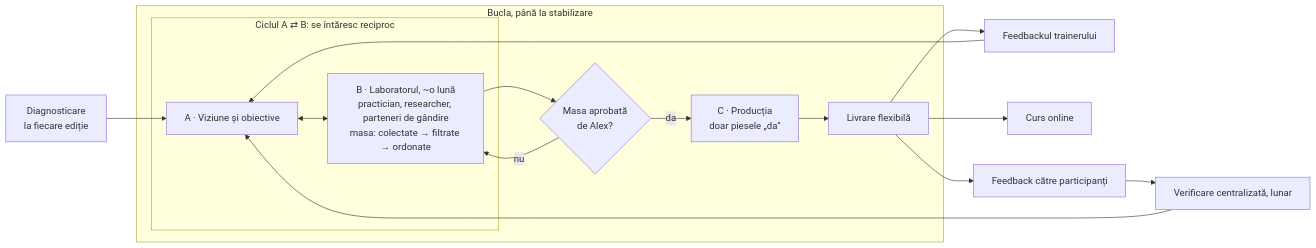
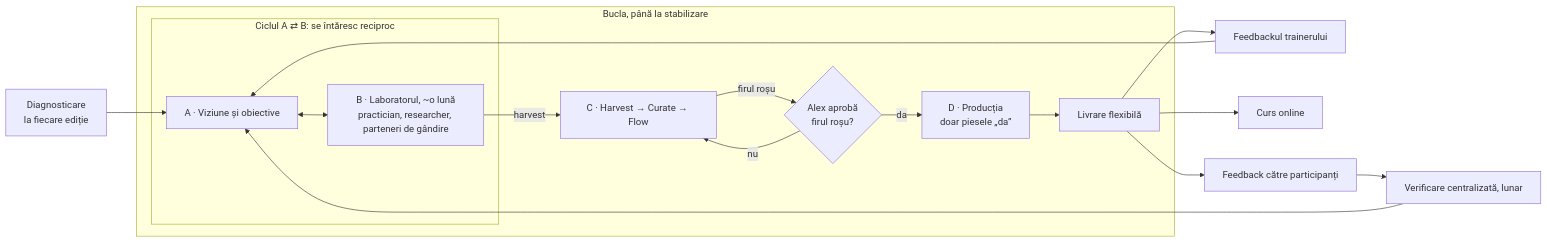
The diagram in docs/procese/curs-nou.md (alexandrumolea/AgentsTeam), drawn with Mermaid before and after one commit. The commit also changed other lines of this file and 3 other files, not shown here.

Commit message:
D-068: etapa C Harvest → Curate → Flow (firul roșu); producția devine D

````diff
--- a/docs/procese/curs-nou.md
+++ b/docs/procese/curs-nou.md
@@ -45,16 +59,17 @@
 ```mermaid
 flowchart LR
-  D[Diagnosticare<br/>la fiecare ediție] --> A
+  DG[Diagnosticare<br/>la fiecare ediție] --> A
   subgraph Bucla["Bucla, până la stabilizare"]
     subgraph Ciclu["Ciclul A ⇄ B: se întăresc reciproc"]
-      A[A · Viziune și obiective] <--> B[B · Laboratorul, ~o lună<br/>practician, researcher, parteneri de gândire<br/>masa: colectate → filtrate → ordonate]
+      A[A · Viziune și obiective] <--> B[B · Laboratorul, ~o lună<br/>practician, researcher, parteneri de gândire]
     end
-    B --> G{Masa aprobată<br/>de Alex?}
-    G -- nu --> B
-    G -- da --> C[C · Producția<br/>doar piesele „da”] --> L[Livrare flexibilă]
+    B -- harvest --> C[C · Harvest → Curate → Flow]
+    C -- firul roșu --> G{Alex aprobă<br/>firul roșu?}
+    G -- nu --> C
+    G -- da --> D[D · Producția<br/>doar piesele „da”] --> L[Livrare flexibilă]
   end
   L --> T[Feedbackul trainerului] --> A
   L --> CO[Curs online]
   L --> FP[Feedback către participanți] --> V[Verificare centralizată, lunar]
   V --> A
 ```
````
